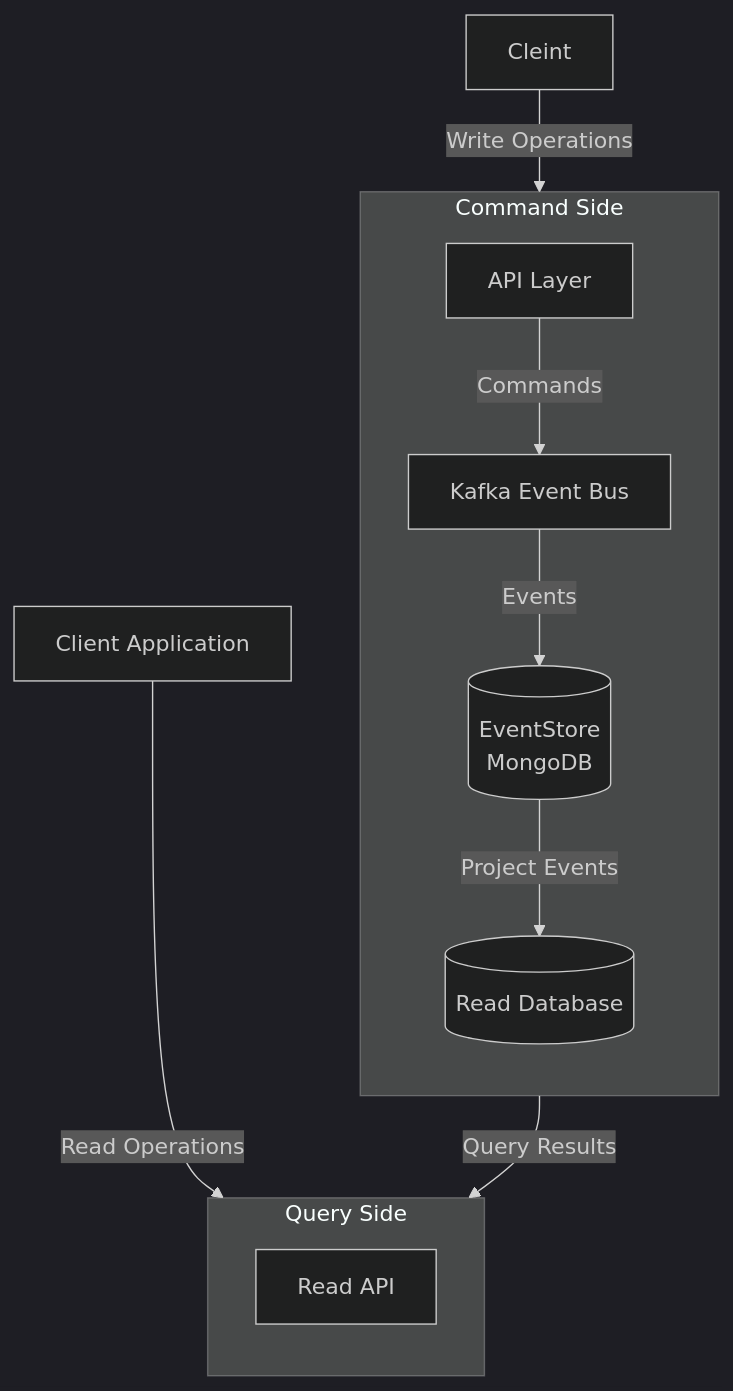
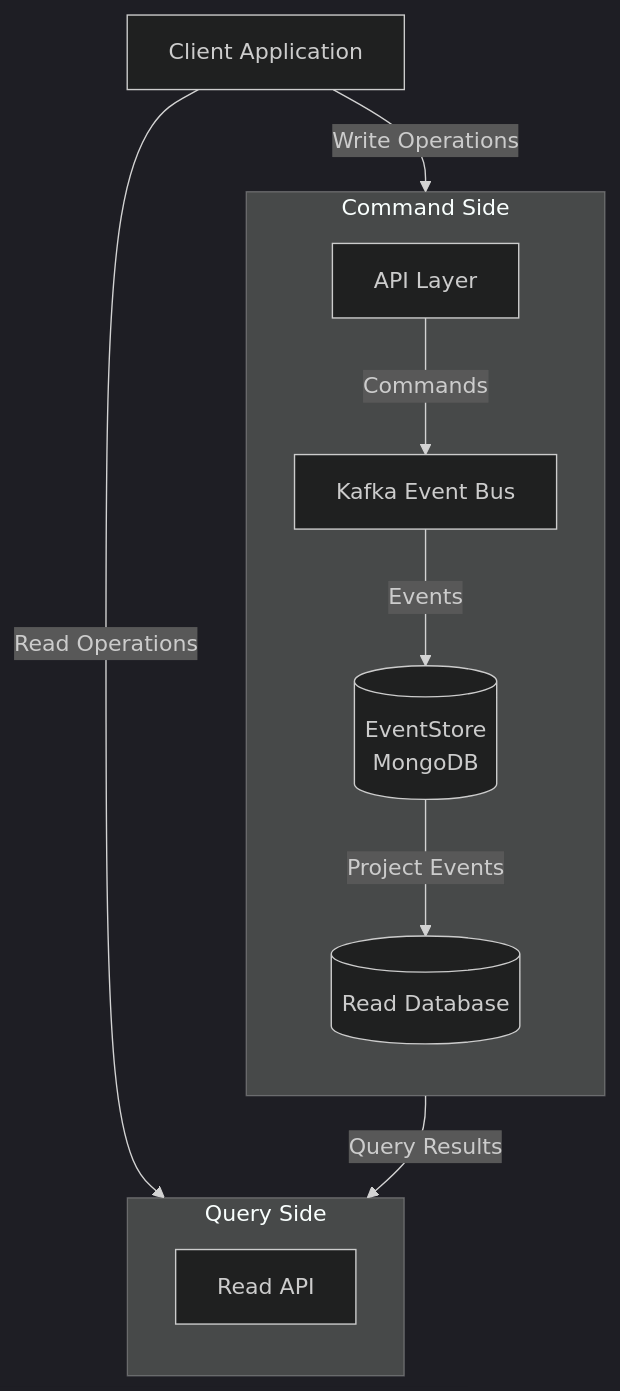
Before and after one commit to staruser143/dash-app: the diagram in test.md, drawn with Mermaid (dark theme).

````diff
--- a/test.md
+++ b/test.md
@@ -1,27 +1,27 @@
 ```mermaid
 flowchart TB
    Client[Client Application]
    API[API Layer]
    Kafka[Kafka Event Bus]
    MongoDB[(EventStore\nMongoDB)]
    ReadDB[(Read Database)]
 
    subgraph Command Side
        direction TB
        API --> |Commands| Kafka
        Kafka--> |Events| MongoDB
        MongoDB-->|Project Events| ReadDB
    end
 
    subgraph Query Side
         direction TB
         ReadAPI[Read API]
         ReadDB-->|Query Results| ReadAPI
    end
 
-   Cleint -->|Write Operations| API
+   Client -->|Write Operations| API
    Client -->|Read Operations| ReadAPI
    
 
 
 ```
````
